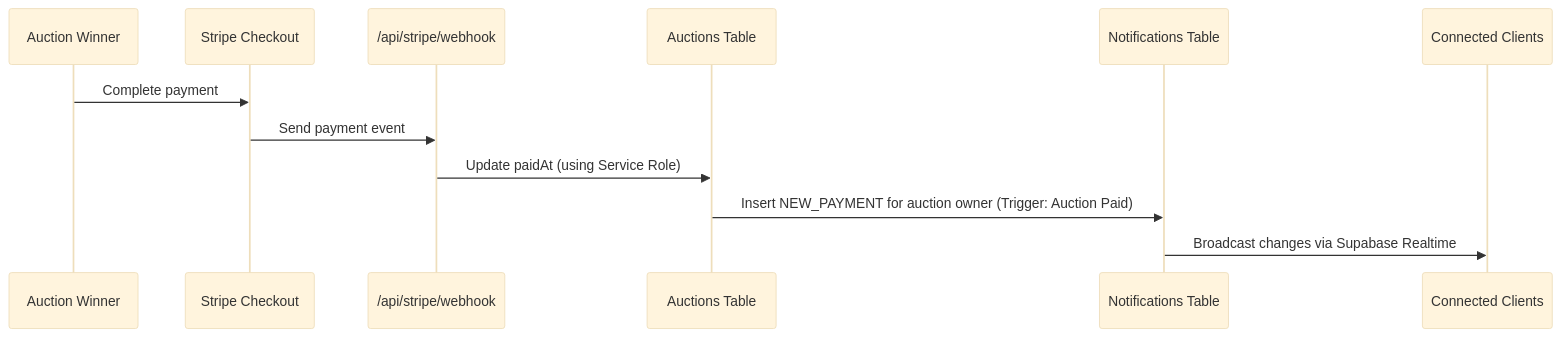
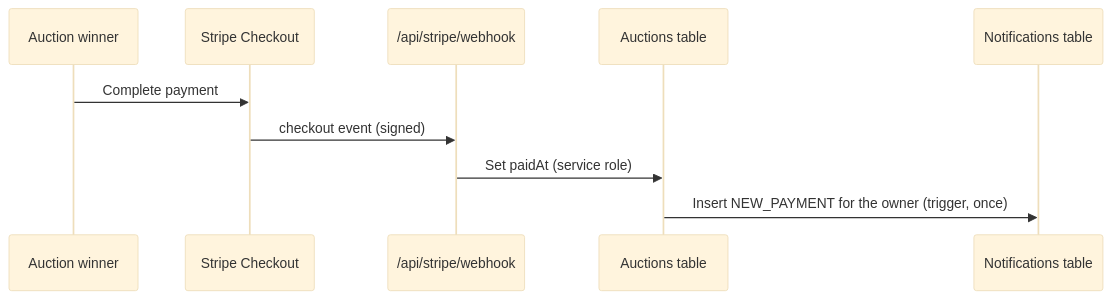
The third of 3 diagrams in README.md (SiegfriedBz/Next-Auctions), drawn with Mermaid (base theme) before and after one commit. The commit also changed other lines of this file, not shown here.

````diff
--- a/README.md
+++ b/README.md
@@ -188,15 +139,13 @@
 ```mermaid
 sequenceDiagram
-    participant Winner as Auction Winner
+    participant Winner as Auction winner
     participant Stripe as Stripe Checkout
     participant Webhook as /api/stripe/webhook
-    participant Auctions as Auctions Table
-    participant Notifications as Notifications Table
-    participant Clients as Connected Clients
+    participant Auctions as Auctions table
+    participant Notifications as Notifications table
 
     Winner ->> Stripe: Complete payment
-    Stripe ->> Webhook: Send payment event
-    Webhook ->> Auctions: Update paidAt (using Service Role)
-    Auctions ->> Notifications: Insert NEW_PAYMENT for auction owner (Trigger: Auction Paid)
-    Notifications ->> Clients: Broadcast changes via Supabase Realtime
+    Stripe ->> Webhook: checkout event (signed)
+    Webhook ->> Auctions: Set paidAt (service role)
+    Auctions ->> Notifications: Insert NEW_PAYMENT for the owner (trigger, once)
 ```
````
